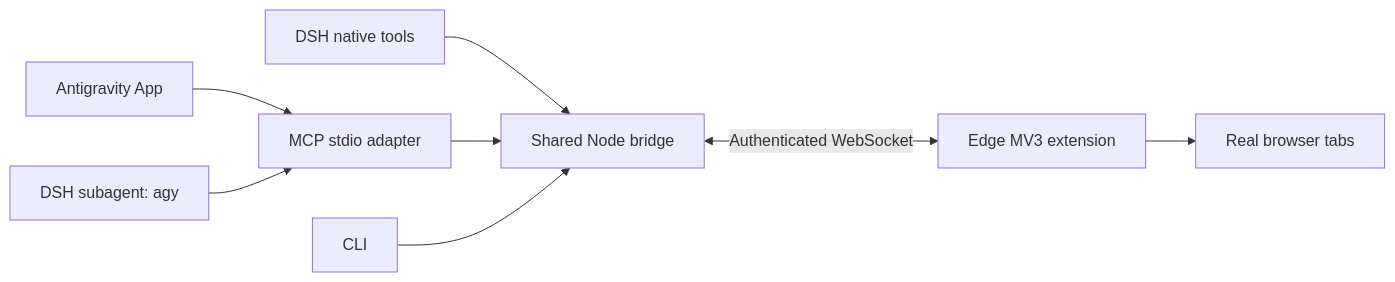
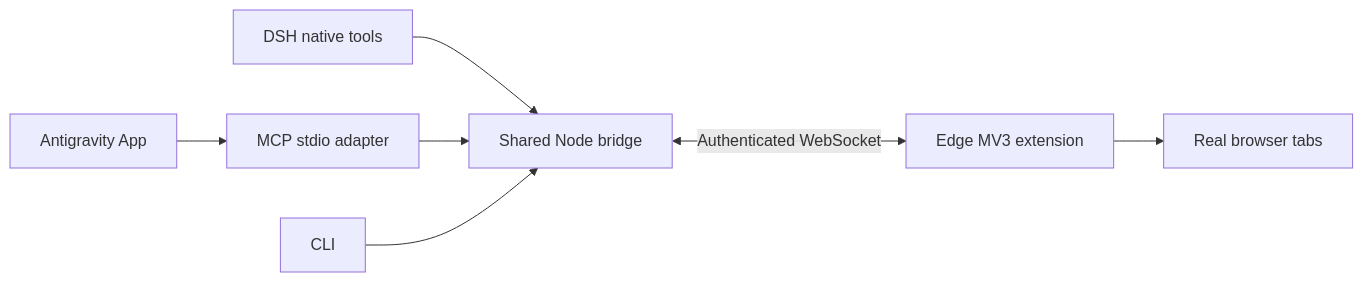
Before and after one commit to AshenJyy/antigravity-browser-bridge: the diagram in README.md, drawn with Mermaid. The commit also changed other lines of this file and 12 other files, not shown here.

````diff
--- a/README.md
+++ b/README.md
@@ -31,10 +31,9 @@
 ```mermaid
 flowchart LR
   D[DSH native tools] --> B[Shared Node bridge]
   A[Antigravity App] --> M[MCP stdio adapter]
-  G[DSH subagent: agy] --> M
   M --> B
   C[CLI] --> B
   B <-->|Authenticated WebSocket| E[Edge MV3 extension]
   E --> T[Real browser tabs]
 ```
````
